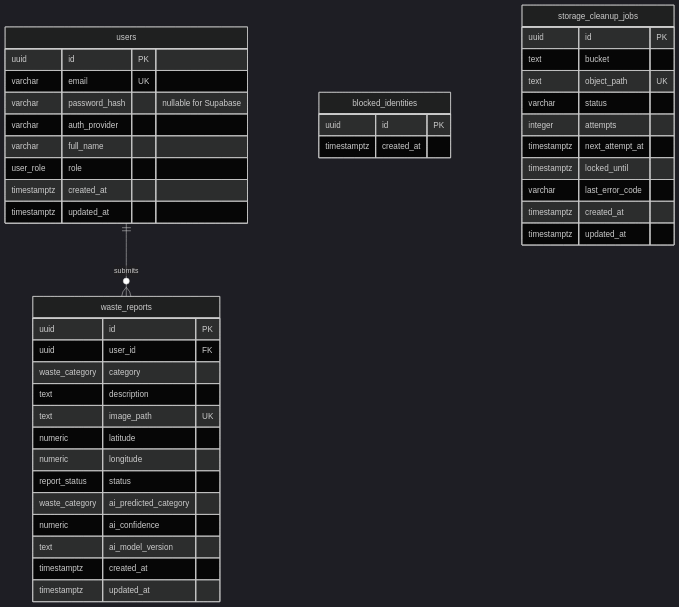
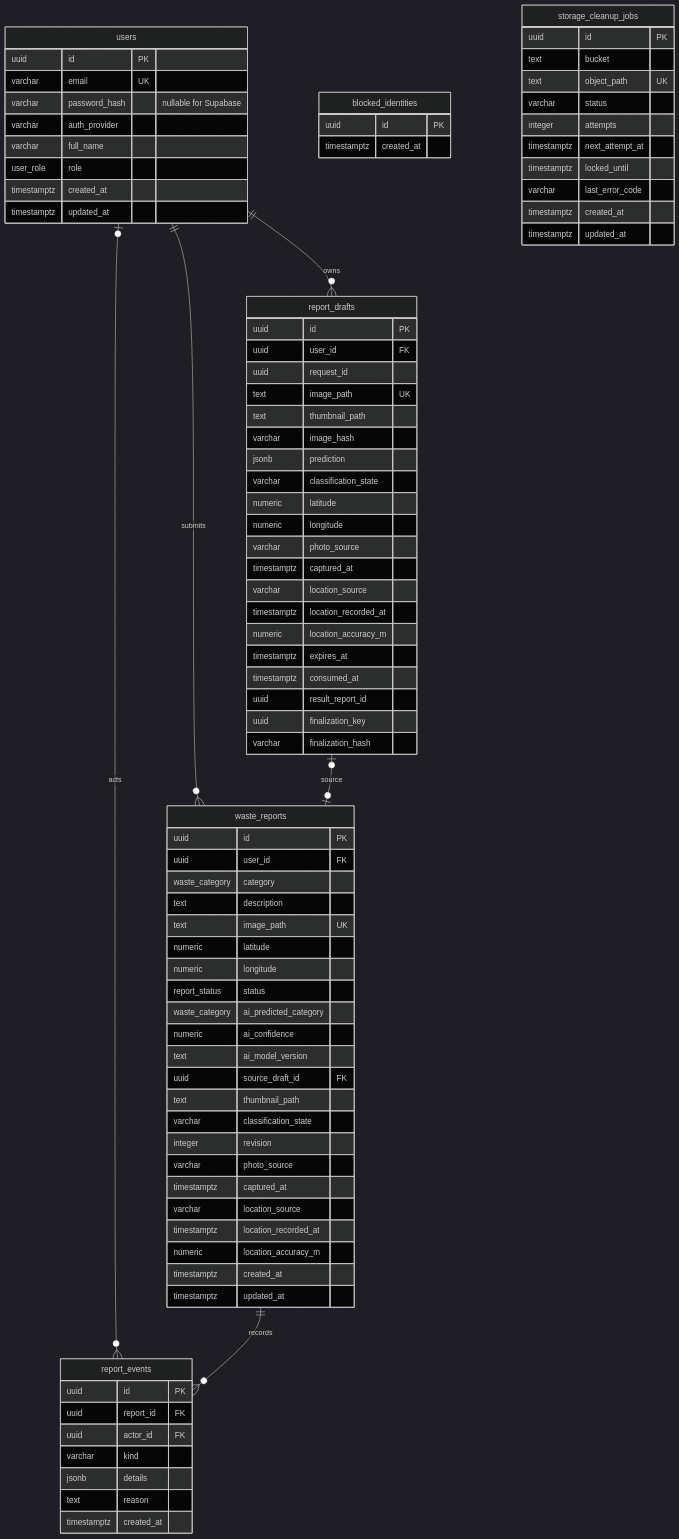
One commit to rakannaufal/wastewise changed the diagram in docs/DATABASE.md. Above: the diagram before and after it, drawn with Mermaid (dark theme). The commit also changed other lines of this file and 123 other files, not shown here.

Commit message:
feat: automate photo reports and add operational admin workflow

````diff
--- a/docs/DATABASE.md
+++ b/docs/DATABASE.md
@@ -5,6 +5,41 @@
 ```mermaid
 erDiagram
     users ||--o{ waste_reports : submits
+    users ||--o{ report_drafts : owns
+    users o|--o{ report_events : acts
+    report_drafts o|--o| waste_reports : source
+    waste_reports ||--o{ report_events : records
+    report_drafts {
+        uuid id PK
+        uuid user_id FK
+        uuid request_id
+        text image_path UK
+        text thumbnail_path
+        varchar image_hash
+        jsonb prediction
+        varchar classification_state
+        numeric latitude
+        numeric longitude
+        varchar photo_source
+        timestamptz captured_at
+        varchar location_source
+        timestamptz location_recorded_at
+        numeric location_accuracy_m
+        timestamptz expires_at
+        timestamptz consumed_at
+        uuid result_report_id
+        uuid finalization_key
+        varchar finalization_hash
+    }
+    report_events {
+        uuid id PK
+        uuid report_id FK
+        uuid actor_id FK
+        varchar kind
+        jsonb details
+        text reason
+        timestamptz created_at
+    }
     users {
         uuid id PK
         varchar email UK
@@ -27,6 +62,15 @@
         waste_category ai_predicted_category
         numeric ai_confidence
         text ai_model_version
+        uuid source_draft_id FK
+        text thumbnail_path
+        varchar classification_state
+        integer revision
+        varchar photo_source
+        timestamptz captured_at
+        varchar location_source
+        timestamptz location_recorded_at
+        numeric location_accuracy_m
         timestamptz created_at
         timestamptz updated_at
     }
````
